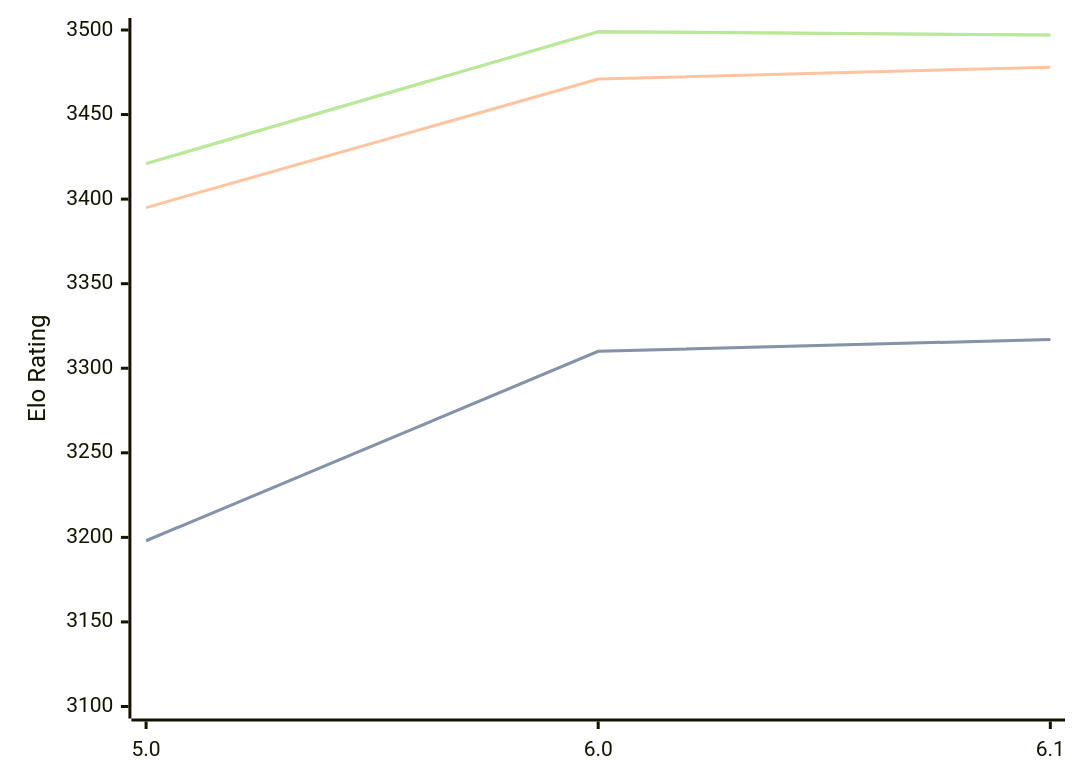
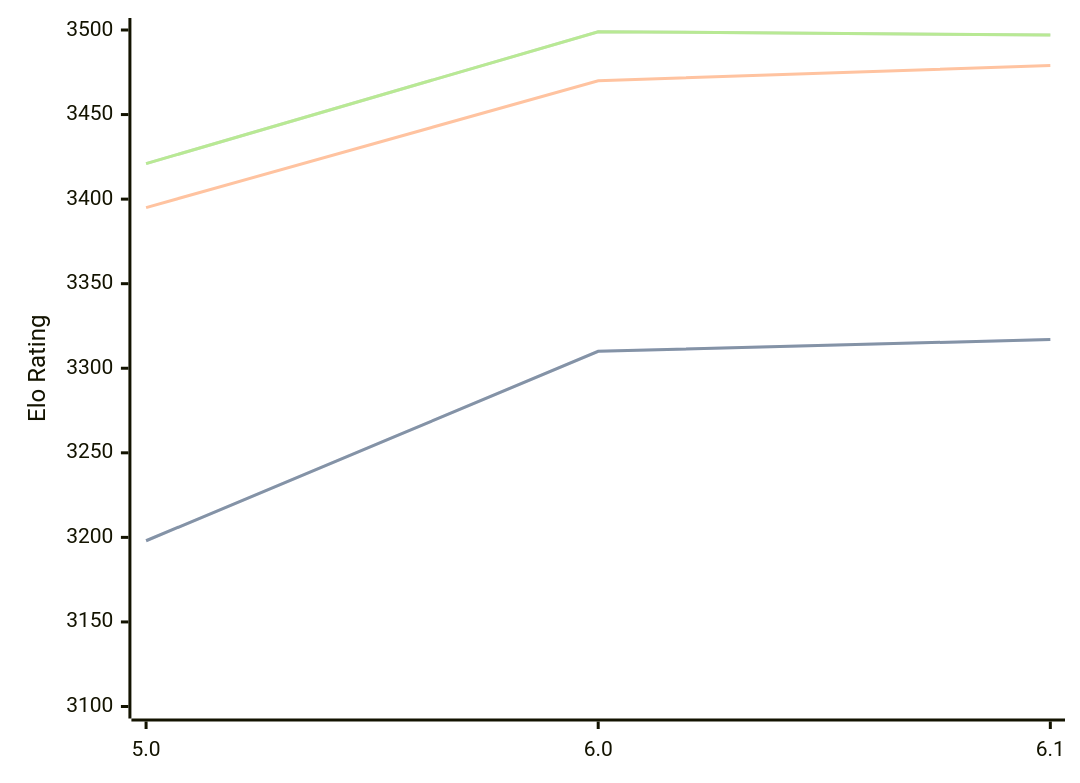
Before and after one commit to computer-chess-index/cci: the diagram in engines/Starzix.md, drawn with Mermaid. The commit also changed other lines of this file, not shown here.

````diff
--- a/engines/Starzix.md
+++ b/engines/Starzix.md
@@ -37,11 +37,11 @@
 ```mermaid
 %%{init: {"theme":"base","themeVariables":{"seriesColors:['#a3a3a3','#222221','#faa371']}}}%%
 xychart-beta
   x-axis ["5.0", "6.0", "6.1"]
   y-axis "Elo Rating" 3100 --> 3500
   line "STC (8.0+0.08s)" [3198, 3310, 3317]
   line "STC (8.0+0.08s)" [3198, 3310, 3317]
-  line "LTC (60.0+0.60s)" [3395, 3471, 3478]
+  line "LTC (60.0+0.60s)" [3395, 3470, 3479]
   line "VLTC (2m24s+1.12s)" [3421, 3499, 3497]
   line "VLTC (2m24s+1.12s)" [3421, 3499, 3497]
 ```
````
